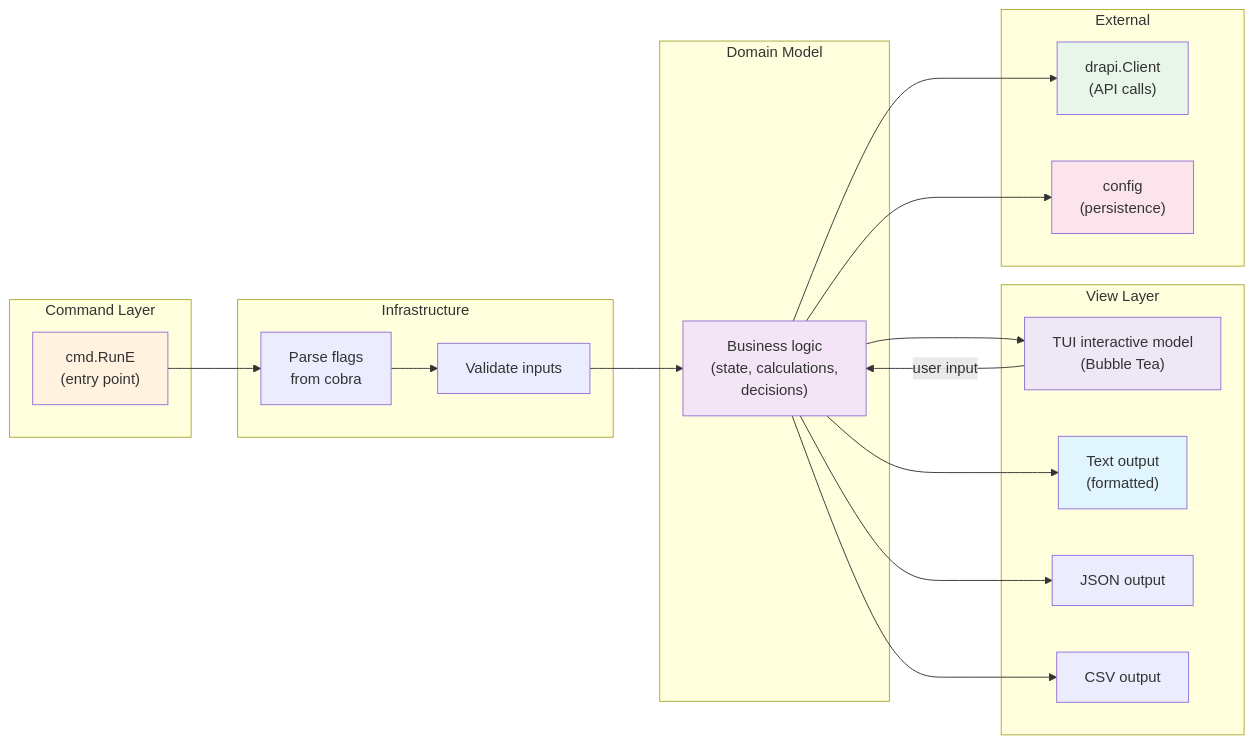
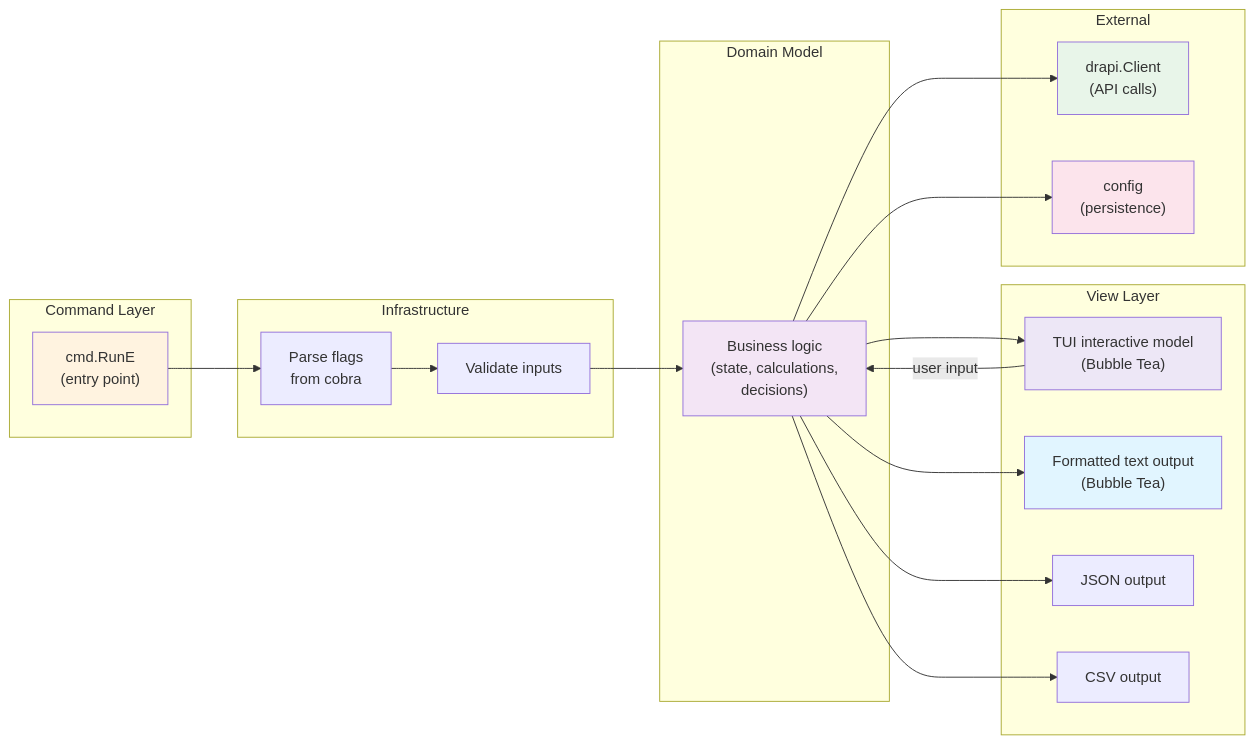
One commit to datarobot-oss/cli changed the fourth of 5 diagrams in docs/development/architecture.md. Above: the diagram before and after it, drawn with Mermaid.

Commit message:
Update formatted text output label to include Bubble Tea reference

````diff
--- a/docs/development/architecture.md
+++ b/docs/development/architecture.md
@@ -93,47 +93,47 @@
 ```mermaid
 graph LR
     subgraph "Command Layer"
         CMD["cmd.RunE<br/>(entry point)"]
     end
     
     subgraph "Infrastructure"
         PARSE["Parse flags<br/>from cobra"]
         VALIDATE["Validate inputs"]
     end
     
     subgraph "Domain Model"
         MODEL["Business logic<br/>(state, calculations,<br/>decisions)"]
     end
     
     subgraph "View Layer"
         TUI["TUI interactive model<br/>(Bubble Tea)"]
-        TEXT["Text output<br/>(formatted)"]
+        TEXT["Formatted text output<br/>(Bubble Tea)"]
         JSON["JSON output"]
         CSV["CSV output"]
     end
     
     subgraph "External"
         API["drapi.Client<br/>(API calls)"]
         CONFIG["config<br/>(persistence)"]
     end
     
     CMD --> PARSE
     PARSE --> VALIDATE
     VALIDATE --> MODEL
     
     MODEL --> TUI
     MODEL --> TEXT
     MODEL --> JSON
     MODEL --> CSV
     MODEL --> API
     MODEL --> CONFIG
     
     TUI -->|user input| MODEL
     
     style CMD fill:#fff3e0
     style MODEL fill:#f3e5f5
     style TUI fill:#ede7f6
     style TEXT fill:#e1f5ff
     style API fill:#e8f5e9
     style CONFIG fill:#fce4ec
 ```
````
